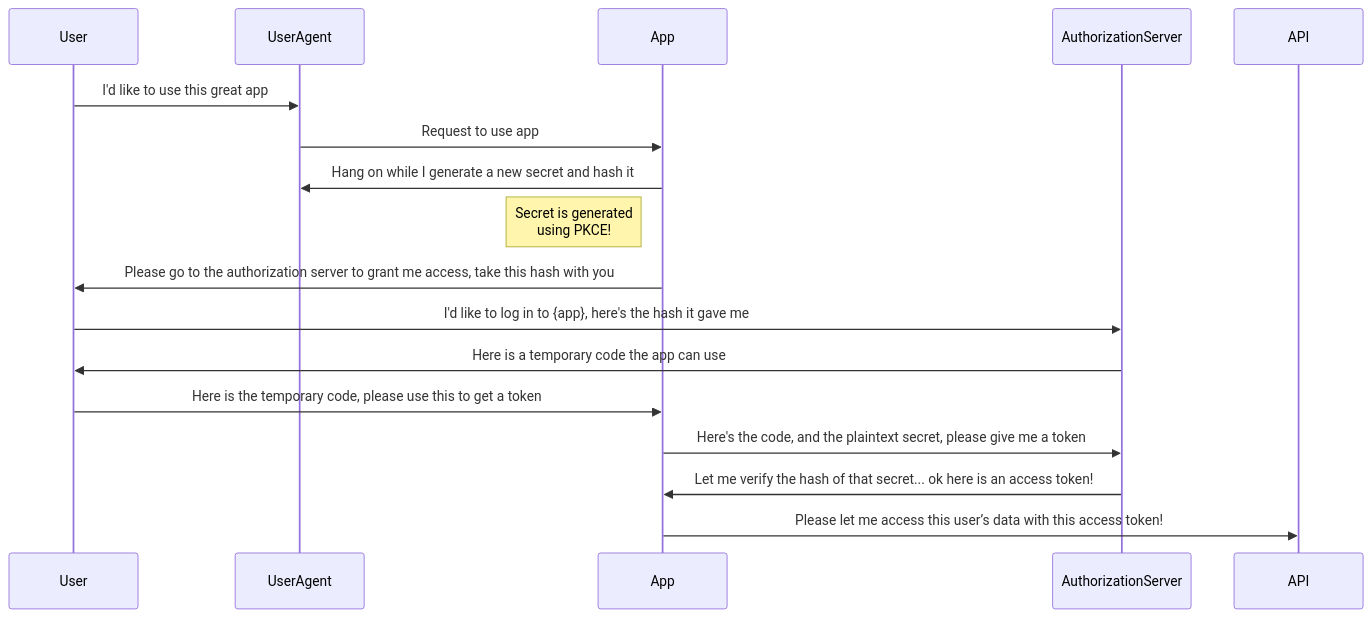
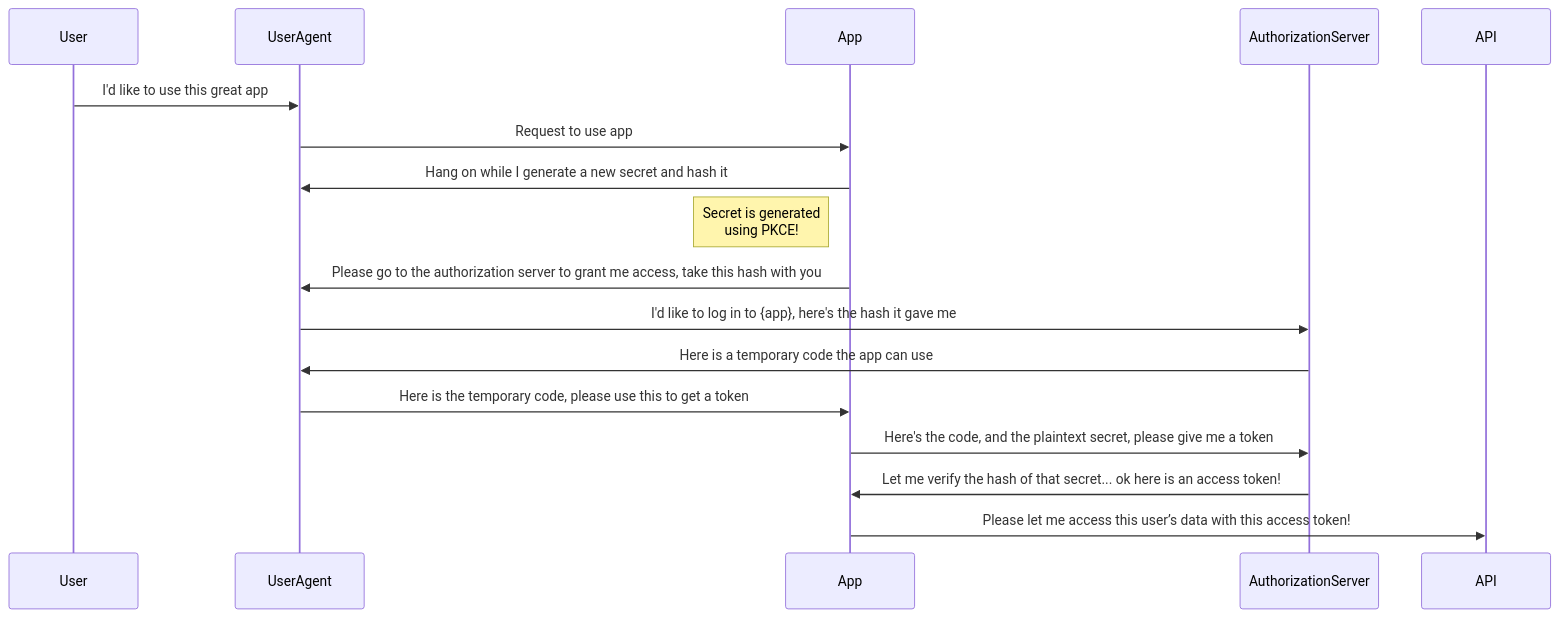
Before and after one commit to Lashi0812/oauth: the diagram in README.md, drawn with Mermaid.

Commit message:
modified flow

````diff
--- a/README.md
+++ b/README.md
@@ -265,20 +265,20 @@
 ```mermaid
 sequenceDiagram
     participant User
     participant UserAgent
     participant App
     participant AS as AuthorizationServer
     participant API
 
     User->>UserAgent: I'd like to use this great app
     UserAgent->>App: Request to use app
     App->>UserAgent: Hang on while I generate a new secret and hash it
     Note left of App: Secret is generated <br/>using PKCE!
-    App->>User: Please go to the authorization server to grant me access, take this hash with you
-    User->>AS: I'd like to log in to {app}, here's the hash it gave me
-    AS->>User: Here is a temporary code the app can use
-    User->>App: Here is the temporary code, please use this to get a token
+    App->>UserAgent: Please go to the authorization server to grant me access, take this hash with you
+    UserAgent->>AS: I'd like to log in to {app}, here's the hash it gave me
+    AS->>UserAgent: Here is a temporary code the app can use
+    UserAgent->>App: Here is the temporary code, please use this to get a token
     App->>AS: Here's the code, and the plaintext secret, please give me a token
     AS->>App: Let me verify the hash of that secret... ok here is an access token!
     App->>API: Please let me access this user’s data with this access token!
 ```
````
